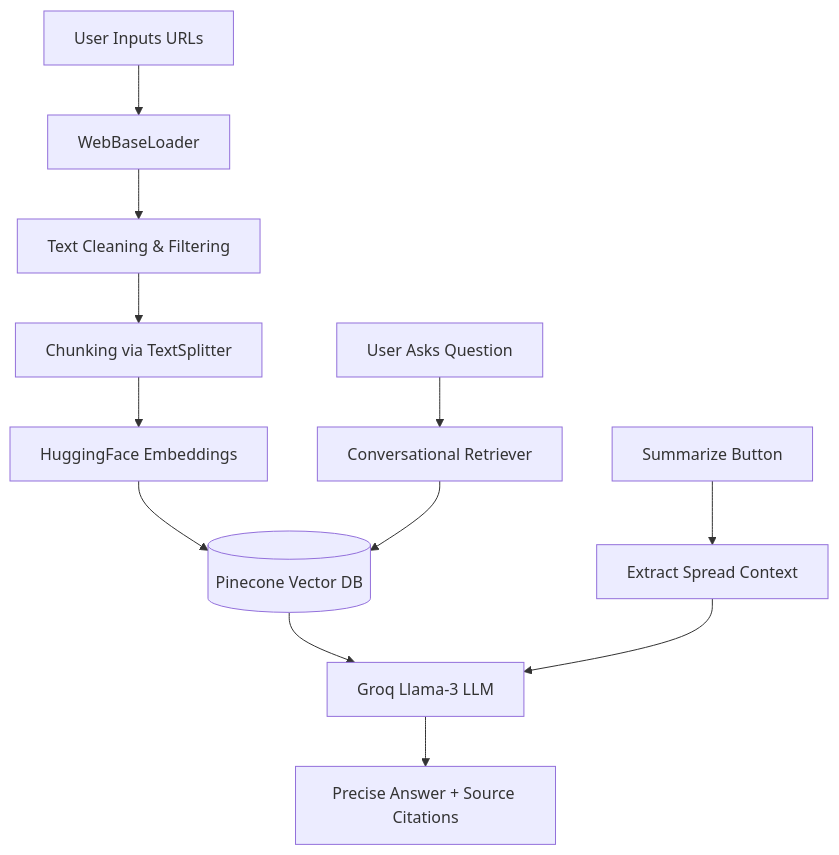
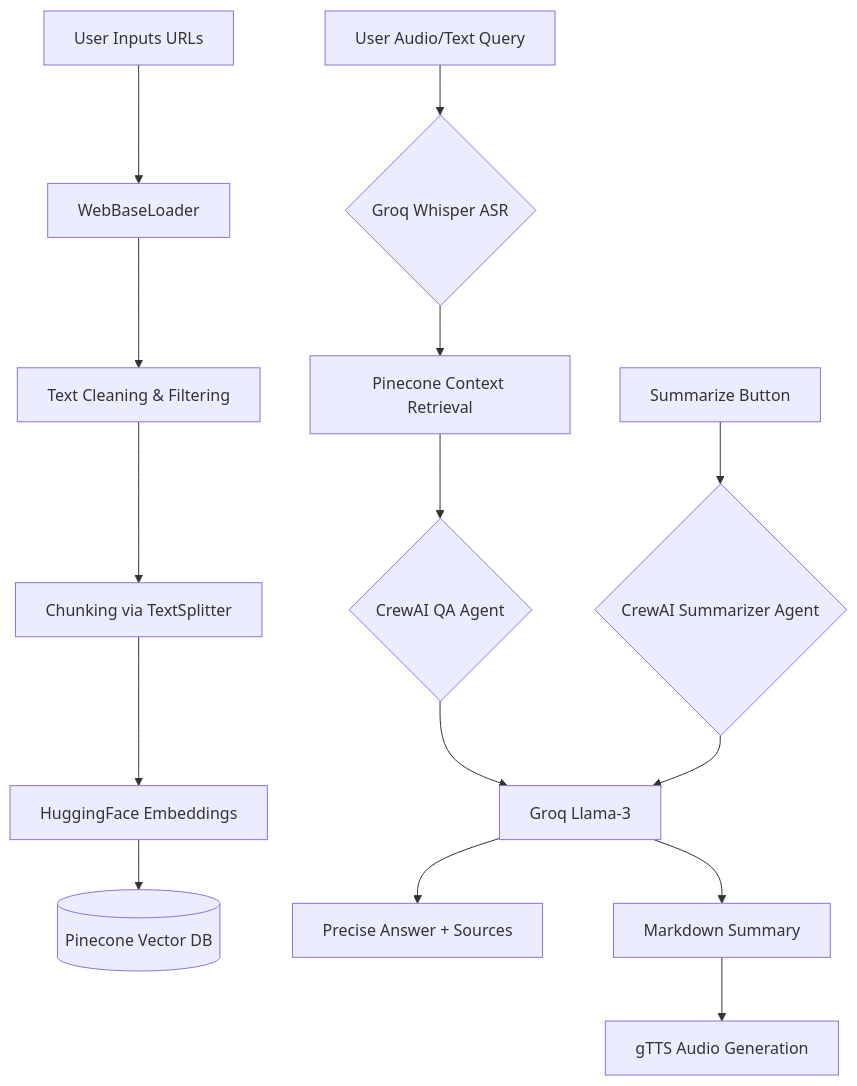
The diagram in README.md (CodeKirtan/News-Research-Agent), drawn with Mermaid before and after one commit. The commit also changed other lines of this file, not shown here.

Commit message:
Update README with CrewAI, Voice, LoRA, and Docker features

````diff
--- a/README.md
+++ b/README.md
@@ -41,16 +42,19 @@
 ```mermaid
 flowchart TD
     A[User Inputs URLs] --> B[WebBaseLoader]
     B --> C[Text Cleaning & Filtering]
     C --> D[Chunking via TextSplitter]
     D --> E[HuggingFace Embeddings]
     E --> F[(Pinecone Vector DB)]
     
-    G[User Asks Question] --> H[Conversational Retriever]
-    H --> F
-    F --> I[Groq Llama-3 LLM]
-    I --> J[Precise Answer + Source Citations]
+    G[User Audio/Text Query] --> H{Groq Whisper ASR}
+    H --> I[Pinecone Context Retrieval]
+    I --> J{CrewAI QA Agent}
+    J --> K[Groq Llama-3]
+    K --> L[Precise Answer + Sources]
     
-    K[Summarize Button] --> L[Extract Spread Context]
-    L --> I
+    M[Summarize Button] --> N{CrewAI Summarizer Agent}
+    N --> K
+    K --> O[Markdown Summary]
+    O --> P[gTTS Audio Generation]
 ```
````
